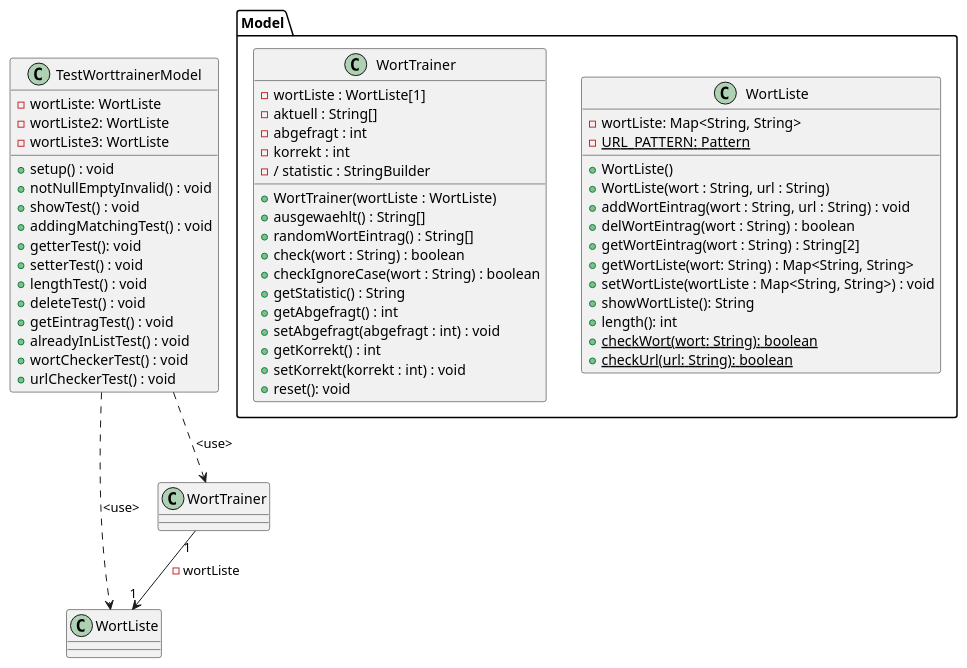
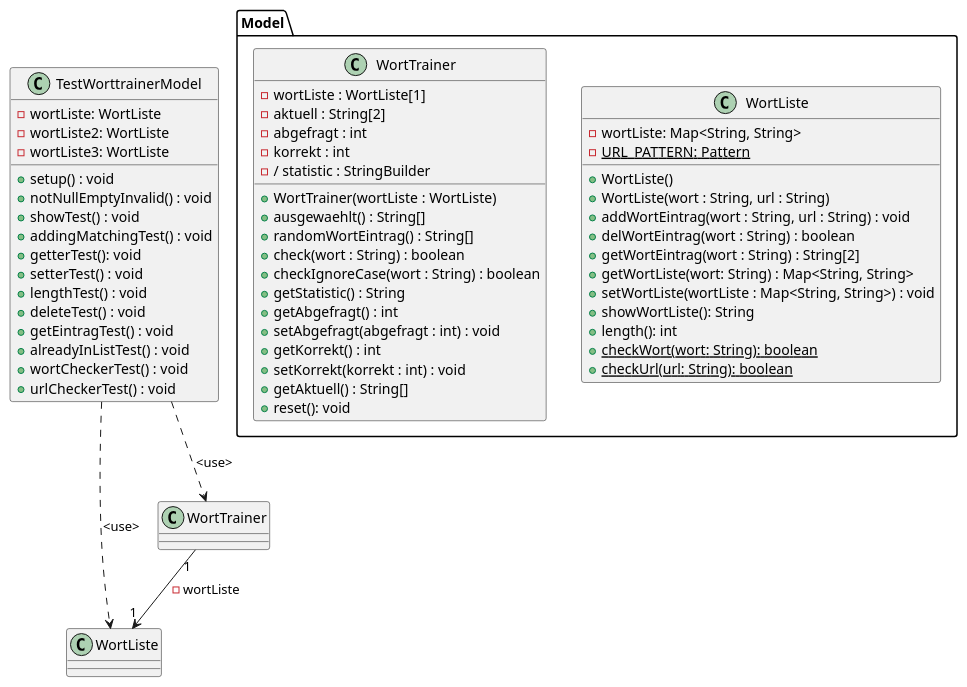
The diagram in src/main/resources/Worttrainer Reloaded.puml (TGM-HIT/sew9-2425-worttrainer-Batscho), drawn with PlantUML before and after one commit. The commit also changed 18 other files, not shown here.

Commit message:
[GK] Worttrainer Reloaded Commit 28: Es wurde auch noch schnell das UML angepasst, die reset-Methode geschrieben, sowie die Zugriffsmethode für den aktuellen Eintrag codiert.

```diff
--- a/src/main/resources/Worttrainer Reloaded.puml
+++ b/src/main/resources/Worttrainer Reloaded.puml
@@ -1,64 +1,65 @@
 @startuml
 'https://plantuml.com/class-diagram
 
 TestWorttrainerModel ..> WortListe : <use>
 TestWorttrainerModel ..> WortTrainer : <use>
 WortTrainer "1" --> "1" WortListe : - wortListe
 
 package Model {
 class WortListe {
 - wortListe: Map<String, String>
 - {static} URL_PATTERN: Pattern
 + WortListe()
 + WortListe(wort : String, url : String)
 + addWortEintrag(wort : String, url : String) : void
 + delWortEintrag(wort : String) : boolean
 + getWortEintrag(wort : String) : String[2]
 + getWortListe(wort: String) : Map<String, String>
 + setWortListe(wortListe : Map<String, String>) : void
 + showWortListe(): String
 + length(): int
 + {static} checkWort(wort: String): boolean
 + {static} checkUrl(url: String): boolean
 }
 
 class WortTrainer {
 - wortListe : WortListe[1]
-- aktuell : String[]
+- aktuell : String[2]
 - abgefragt : int
 - korrekt : int
 - / statistic : StringBuilder
 + WortTrainer(wortListe : WortListe)
 + ausgewaehlt() : String[]
 + randomWortEintrag() : String[]
 + check(wort : String) : boolean
 + checkIgnoreCase(wort : String) : boolean
 + getStatistic() : String
 + getAbgefragt() : int
 + setAbgefragt(abgefragt : int) : void
 + getKorrekt() : int
 + setKorrekt(korrekt : int) : void
++ getAktuell() : String[]
 + reset(): void
 }
 }
 
 
 class TestWorttrainerModel {
 - wortListe: WortListe
 - wortListe2: WortListe
 - wortListe3: WortListe
 + setup() : void
 + notNullEmptyInvalid() : void
 + showTest() : void
 + addingMatchingTest() : void
 + getterTest(): void
 + setterTest() : void
 + lengthTest() : void
 + deleteTest() : void
 + getEintragTest() : void
 + alreadyInListTest() : void
 + wortCheckerTest() : void
 + urlCheckerTest() : void
 }
 
 @enduml
```
